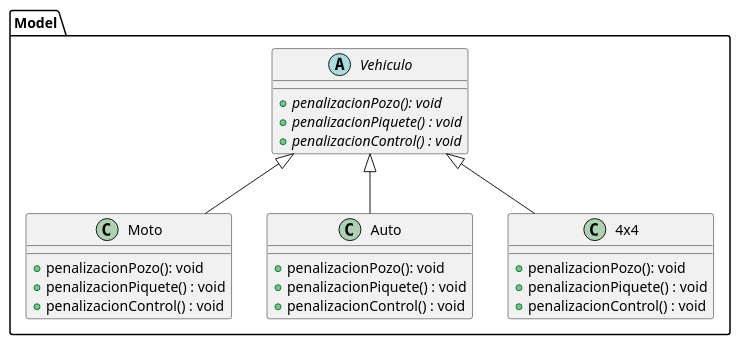
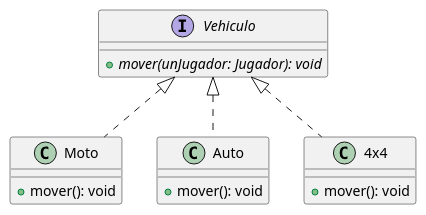
One commit to TP2Algo3FIUBA/tp2 changed the diagram in diagrams/classes/clase_vehiculo.plantuml. Above: the diagram before and after it, drawn with PlantUML. The commit also changed 8 other files, not shown here.

Commit message:
Modificacion de diagrama de clases

```diff
--- a/diagrams/classes/clase_vehiculo.plantuml
+++ b/diagrams/classes/clase_vehiculo.plantuml
@@ -1,40 +1,25 @@
 @startuml
 
-package Model {
-        abstract  class Vehiculo {
-                
-                + {abstract} penalizacionPozo(): void
-                + {abstract} penalizacionPiquete() : void
-                + {abstract} penalizacionControl() : void
-        }
+
+interface Vehiculo {
+
+        + {abstract} mover(unJugador: Jugador): void
 }
 
-package Model {
-        class Moto {
-              + penalizacionPozo(): void
-              + penalizacionPiquete() : void
-              + penalizacionControl() : void
-        }
+class Moto {
+    + mover(): void
 }
 
-package Model {
-        class Auto {
-              + penalizacionPozo(): void
-              + penalizacionPiquete() : void
-              + penalizacionControl() : void
-        }
+class Auto {
+      + mover(): void
 }
 
-package Model {
-        class 4x4 {
-              + penalizacionPozo(): void
-              + penalizacionPiquete() : void
-              + penalizacionControl() : void
-        }
+class 4x4 {
+      + mover(): void
 }
 
-Vehiculo <|-- Moto
-Vehiculo <|-- Auto
-Vehiculo <|-- 4x4
+Vehiculo <|.. Moto
+Vehiculo <|.. Auto
+Vehiculo <|.. 4x4
 
 @enduml
```
